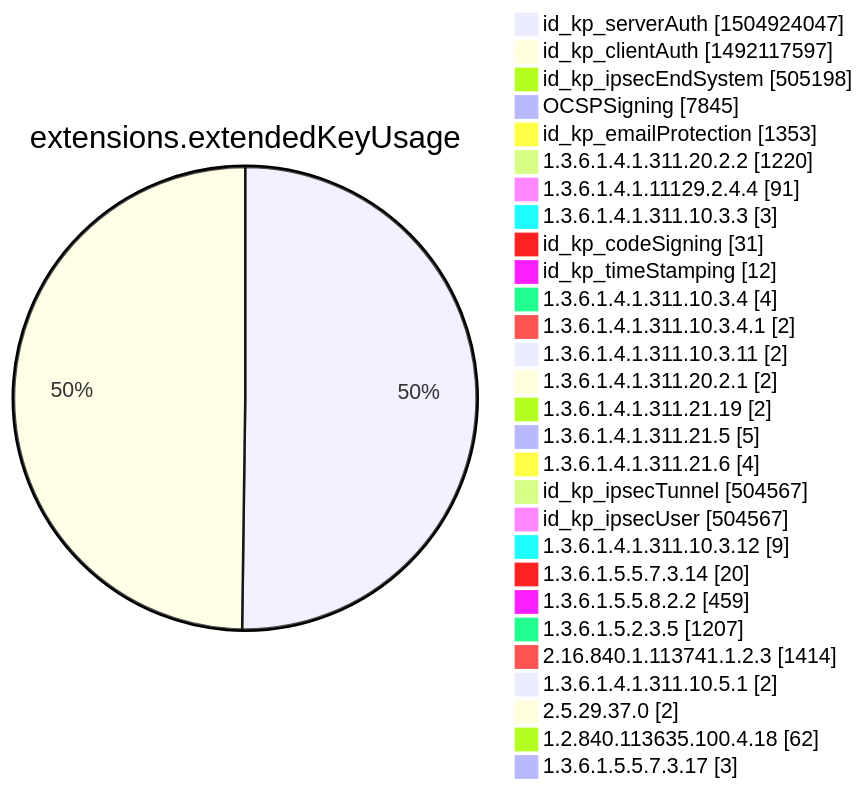
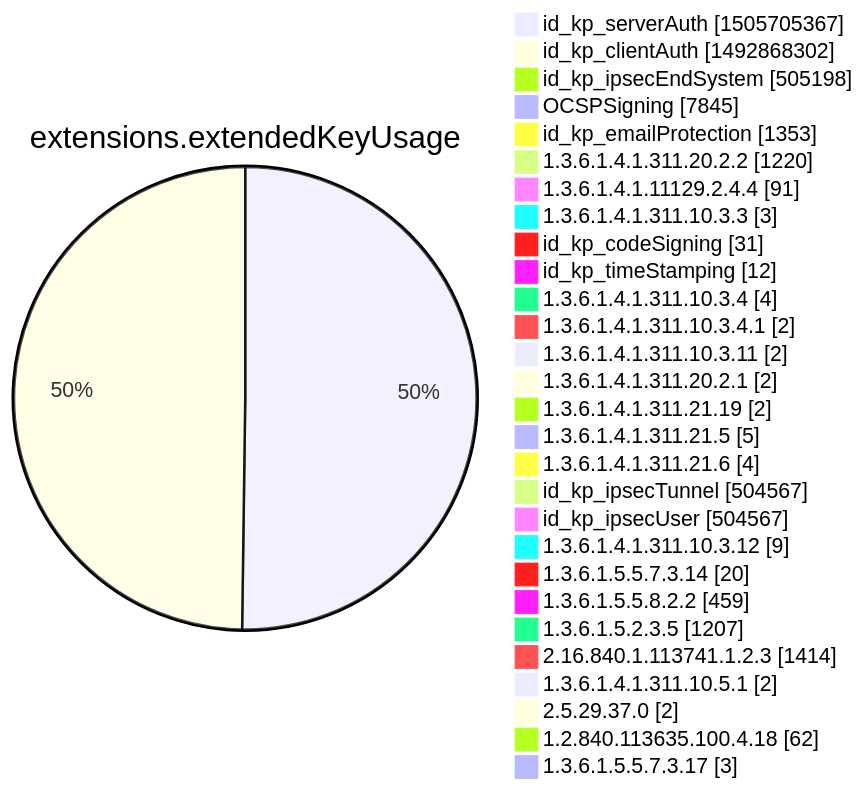
Before and after one commit to christiankrug/ctmonitor_visualization: diagram 12 of 15 in xenon2022/README.md, drawn with Mermaid. The commit also changed other lines of this file, not shown here.

````diff
--- a/xenon2022/README.md
+++ b/xenon2022/README.md
@@ -3876,32 +3876,32 @@
 ```mermaid
 pie showData
 title extensions.extendedKeyUsage
-"id_kp_serverAuth" :1504924047
-"id_kp_clientAuth" :1492117597
+"id_kp_serverAuth" :1505705367
+"id_kp_clientAuth" :1492868302
 "id_kp_ipsecEndSystem" :505198
 "OCSPSigning" :7845
 "id_kp_emailProtection" :1353
 "1.3.6.1.4.1.311.20.2.2" :1220
 "1.3.6.1.4.1.11129.2.4.4" :91
 "1.3.6.1.4.1.311.10.3.3" :3
 "id_kp_codeSigning" :31
 "id_kp_timeStamping" :12
 "1.3.6.1.4.1.311.10.3.4" :4
 "1.3.6.1.4.1.311.10.3.4.1" :2
 "1.3.6.1.4.1.311.10.3.11" :2
 "1.3.6.1.4.1.311.20.2.1" :2
 "1.3.6.1.4.1.311.21.19" :2
 "1.3.6.1.4.1.311.21.5" :5
 "1.3.6.1.4.1.311.21.6" :4
 "id_kp_ipsecTunnel" :504567
 "id_kp_ipsecUser" :504567
 "1.3.6.1.4.1.311.10.3.12" :9
 "1.3.6.1.5.5.7.3.14" :20
 "1.3.6.1.5.5.8.2.2" :459
 "1.3.6.1.5.2.3.5" :1207
 "2.16.840.1.113741.1.2.3" :1414
 "1.3.6.1.4.1.311.10.5.1" :2
 "2.5.29.37.0" :2
 "1.2.840.113635.100.4.18" :62
 "1.3.6.1.5.5.7.3.17" :3
 ```
````
